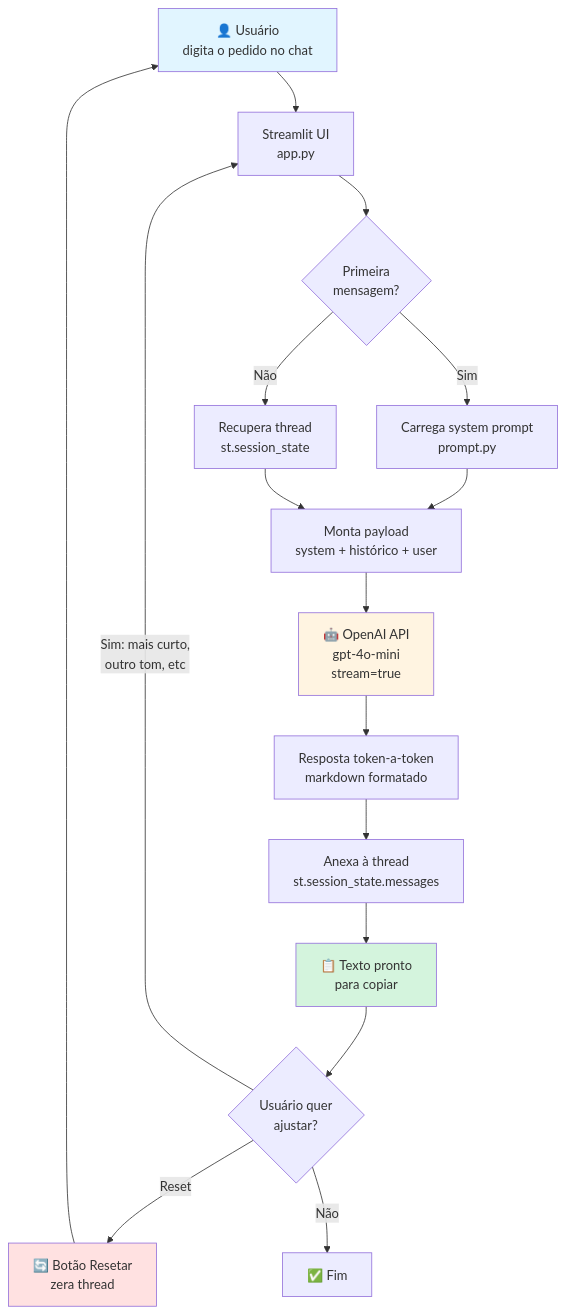
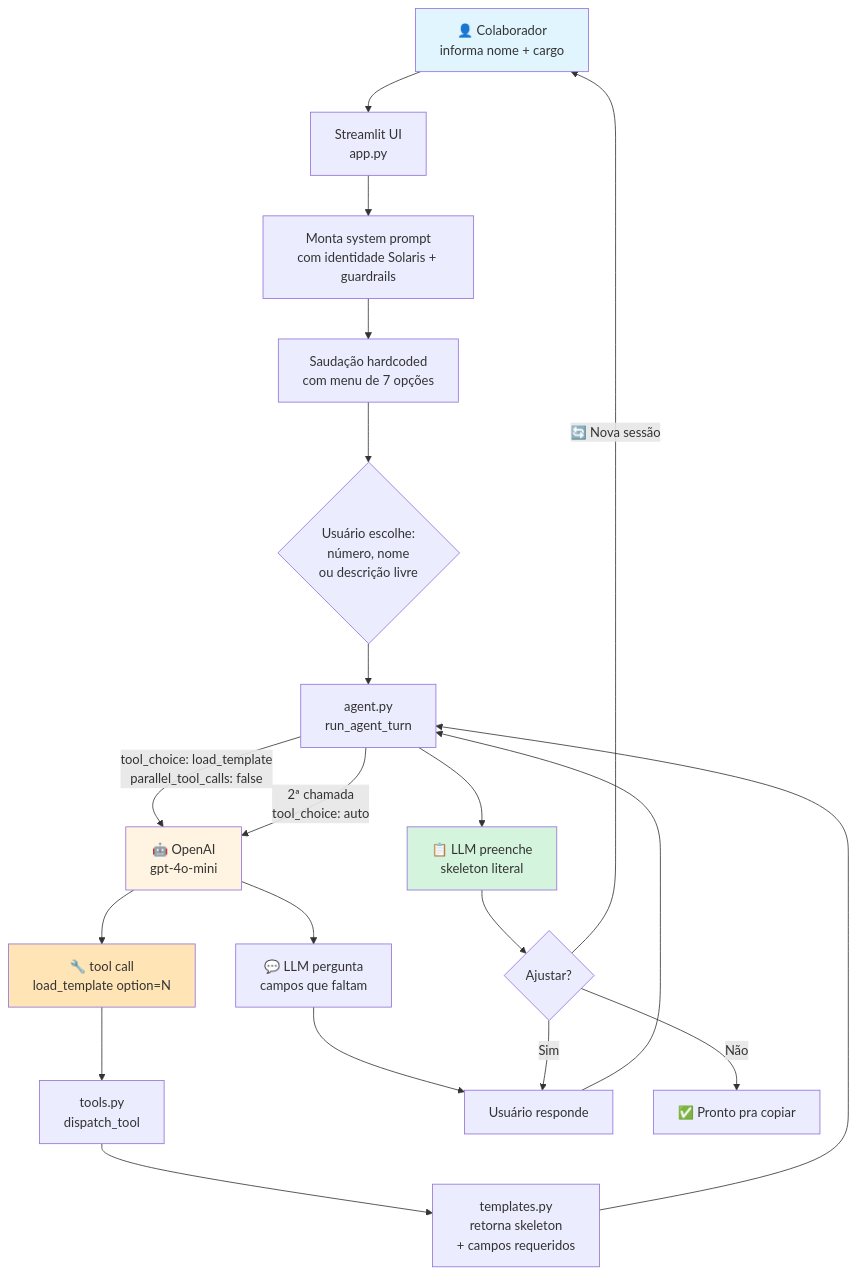
The first of 2 diagrams in README.md (LuisErlacher/fundamentos-ia-generativa), drawn with Mermaid before and after one commit. The commit also changed other lines of this file and 7 other files, not shown here.

First line of the commit message:
feat: arquitetura modular com tool calling, identidade Solaris e guardrails

````diff
--- a/README.md
+++ b/README.md
@@ -18,23 +26,27 @@
 ```mermaid
 flowchart TD
-    A[👤 Usuário<br/>digita o pedido no chat] --> B[Streamlit UI<br/>app.py]
-    B --> C{Primeira<br/>mensagem?}
-    C -->|Sim| D[Carrega system prompt<br/>prompt.py]
-    C -->|Não| E[Recupera thread<br/>st.session_state]
-    D --> F[Monta payload<br/>system + histórico + user]
-    E --> F
-    F --> G[🤖 OpenAI API<br/>gpt-4o-mini<br/>stream=true]
-    G --> H[Resposta token-a-token<br/>markdown formatado]
-    H --> I[Anexa à thread<br/>st.session_state.messages]
-    I --> J[📋 Texto pronto<br/>para copiar]
-    J --> K{Usuário quer<br/>ajustar?}
-    K -->|Sim: mais curto,<br/>outro tom, etc| B
-    K -->|Reset| L[🔄 Botão Resetar<br/>zera thread]
-    L --> A
-    K -->|Não| M[✅ Fim]
+    A[👤 Colaborador<br/>informa nome + cargo] --> B[Streamlit UI<br/>app.py]
+    B --> C[Monta system prompt<br/>com identidade Solaris + guardrails]
+    C --> D[Saudação hardcoded<br/>com menu de 7 opções]
+    D --> E{Usuário escolhe:<br/>número, nome<br/>ou descrição livre}
+    E --> F[agent.py<br/>run_agent_turn]
+    F -->|tool_choice: load_template<br/>parallel_tool_calls: false| G[🤖 OpenAI<br/>gpt-4o-mini]
+    G --> H[🔧 tool call<br/>load_template option=N]
+    H --> I[tools.py<br/>dispatch_tool]
+    I --> J[templates.py<br/>retorna skeleton<br/>+ campos requeridos]
+    J --> F
+    F -->|2ª chamada<br/>tool_choice: auto| G
+    G --> K[💬 LLM pergunta<br/>campos que faltam]
+    K --> L[Usuário responde]
+    L --> F
+    F --> M[📋 LLM preenche<br/>skeleton literal]
+    M --> N{Ajustar?}
+    N -->|Sim| L
+    N -->|🔄 Nova sessão| A
+    N -->|Não| O[✅ Pronto pra copiar]
 
     style A fill:#e1f5ff
     style G fill:#fff4e1
-    style J fill:#d4f4dd
-    style L fill:#ffe1e1
+    style H fill:#ffe4b5
+    style M fill:#d4f4dd
 ```
````
